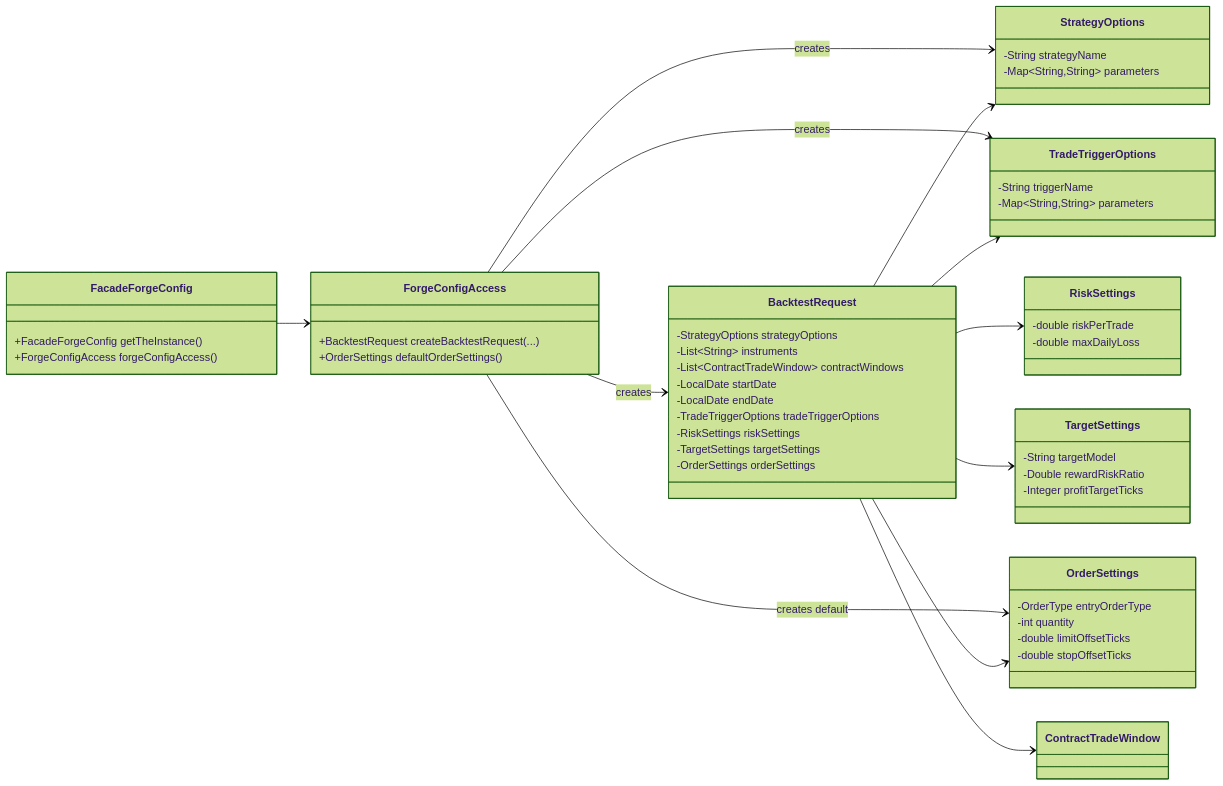
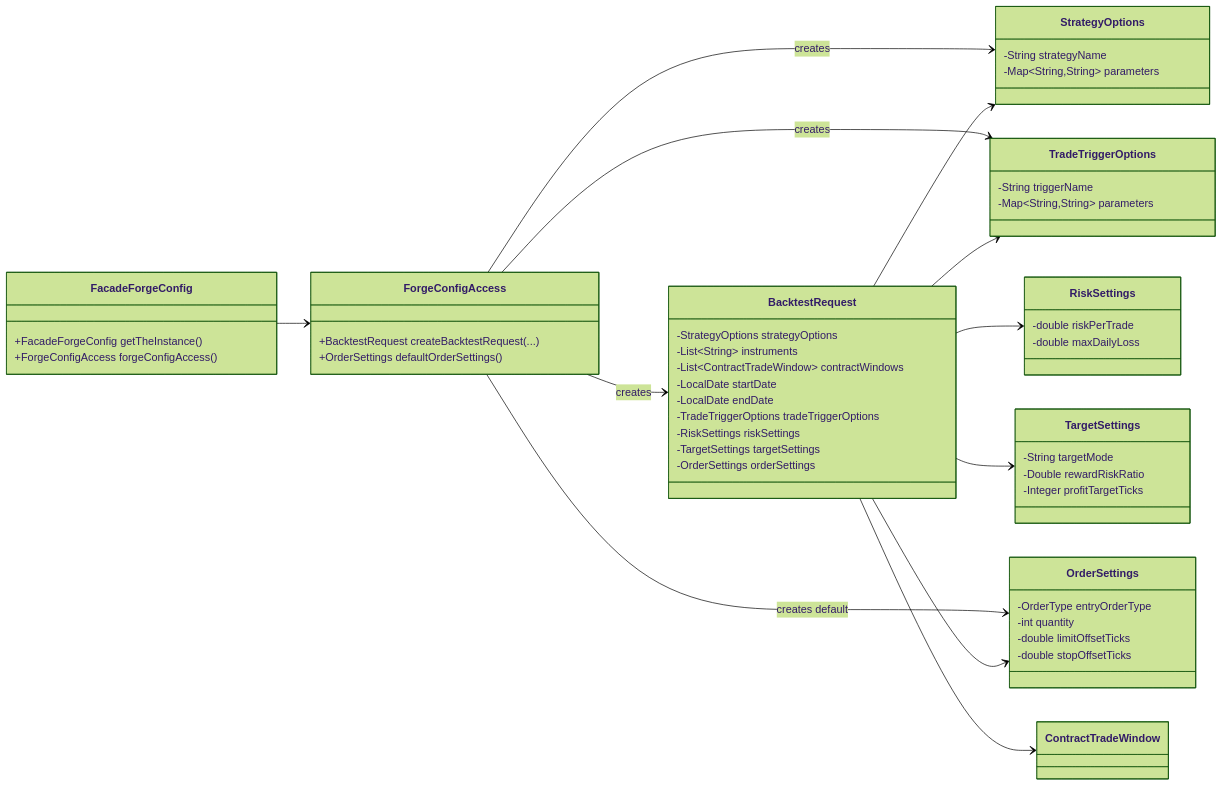
One commit to probst-paul/FORGE changed the fifth of 22 diagrams in class-model.md. Above: the diagram before and after it, drawn with Mermaid (forest theme). The commit also changed other lines of this file and 31 other files, not shown here.

First line of the commit message:
Use TargetSettings and mode-based target selection

````diff
--- a/class-model.md
+++ b/class-model.md
@@ -349,66 +344,66 @@
 ```mermaid
 classDiagram
     direction LR
 
     class FacadeForgeConfig {
         +FacadeForgeConfig getTheInstance()
         +ForgeConfigAccess forgeConfigAccess()
     }
 
     class ForgeConfigAccess {
         +BacktestRequest createBacktestRequest(...)
         +OrderSettings defaultOrderSettings()
     }
 
     class BacktestRequest {
         -StrategyOptions strategyOptions
         -List~String~ instruments
         -List~ContractTradeWindow~ contractWindows
         -LocalDate startDate
         -LocalDate endDate
         -TradeTriggerOptions tradeTriggerOptions
         -RiskSettings riskSettings
         -TargetSettings targetSettings
         -OrderSettings orderSettings
     }
 
     class StrategyOptions {
         -String strategyName
         -Map~String,String~ parameters
     }
 
     class TradeTriggerOptions {
         -String triggerName
         -Map~String,String~ parameters
     }
 
     class RiskSettings {
         -double riskPerTrade
         -double maxDailyLoss
     }
 
     class TargetSettings {
-        -String targetModel
+        -String targetMode
         -Double rewardRiskRatio
         -Integer profitTargetTicks
     }
 
     class OrderSettings {
         -OrderType entryOrderType
         -int quantity
         -double limitOffsetTicks
         -double stopOffsetTicks
     }
 
     FacadeForgeConfig --> ForgeConfigAccess
     ForgeConfigAccess --> BacktestRequest : creates
     ForgeConfigAccess --> StrategyOptions : creates
     ForgeConfigAccess --> TradeTriggerOptions : creates
     ForgeConfigAccess --> OrderSettings : creates default
     BacktestRequest --> StrategyOptions
     BacktestRequest --> TradeTriggerOptions
     BacktestRequest --> RiskSettings
     BacktestRequest --> TargetSettings
     BacktestRequest --> OrderSettings
     BacktestRequest --> ContractTradeWindow
 ```
````
